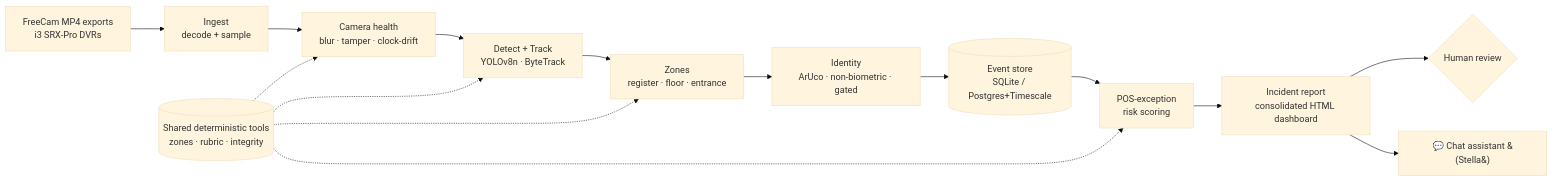
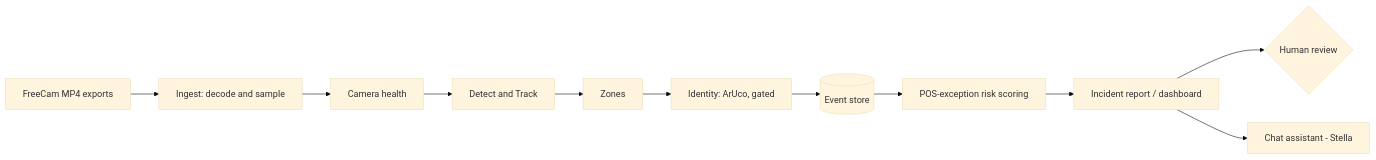
Before and after one commit to furqunali/lonestar-video-intelligence: the diagram in README.md, drawn with Mermaid (base theme). The commit also changed other lines of this file and 1 other file, not shown here.

Commit message:
docs: fix mermaid rendering + add GitHub Pages live dashboard
- README: simplify mermaid diagram to valid syntax (fixes 'Unable to render
  rich display')
- docs/index.html: Pages landing linking to the sample dashboard + source
- README: add live GitHub Pages demo link for the dashboard

````diff
--- a/README.md
+++ b/README.md
@@ -58,14 +60,13 @@
 ```mermaid
 flowchart LR
-  A[FreeCam MP4 exports<br/>i3 SRX-Pro DVRs] --> B[Ingest<br/>decode + sample]
-  B --> C[Camera health<br/>blur · tamper · clock-drift]
-  C --> D[Detect + Track<br/>YOLOv8n · ByteTrack]
-  D --> E[Zones<br/>register · floor · entrance]
-  E --> F[Identity<br/>ArUco · non-biometric · gated]
-  F --> G[(Event store<br/>SQLite / Postgres+Timescale)]
-  G --> H[POS-exception<br/>risk scoring]
-  H --> I[Incident report<br/>consolidated HTML dashboard]
+  A[FreeCam MP4 exports] --> B[Ingest: decode and sample]
+  B --> C[Camera health]
+  C --> D[Detect and Track]
+  D --> E[Zones]
+  E --> F[Identity: ArUco, gated]
+  F --> G[(Event store)]
+  G --> H[POS-exception risk scoring]
+  H --> I[Incident report / dashboard]
   I --> J{Human review}
-  I --> K[💬 Chat assistant &#40;Stella&#41;]
-  T[(Shared deterministic tools<br/>zones · rubric · integrity)] -.-> C & D & E & H
+  I --> K[Chat assistant - Stella]
 ```
````
